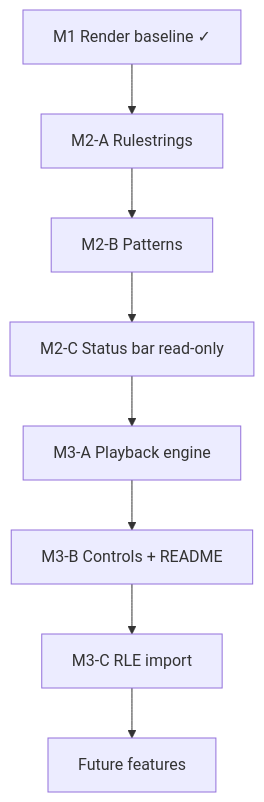
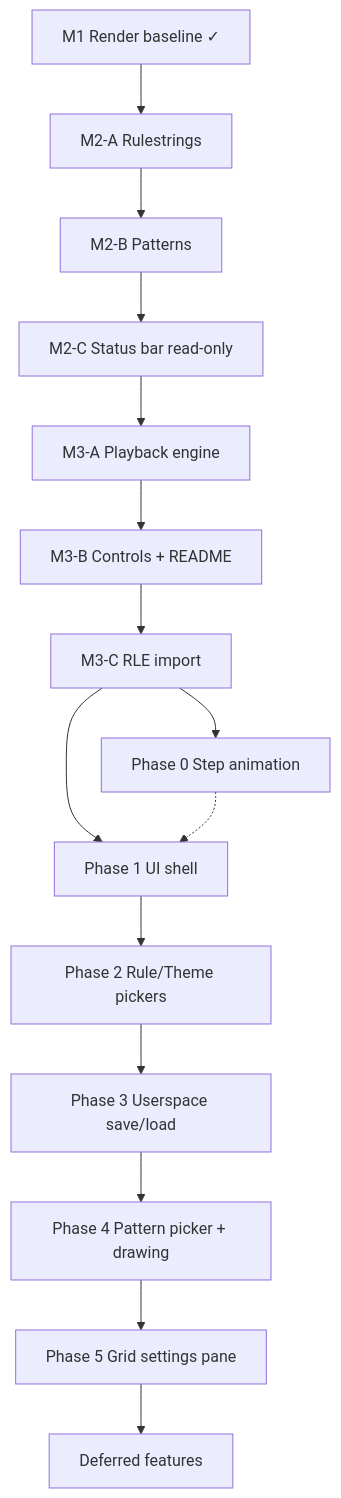
The first of 4 diagrams in PLAN.md (ridespirals/love-life), drawn with Mermaid before and after one commit. The commit also changed other lines of this file and 2 other files, not shown here.

First line of the commit message:
docs: add post-1.0 roadmap and recommended build order

````diff
--- a/PLAN.md
+++ b/PLAN.md
@@ -26,13 +28,23 @@
 ```mermaid
 flowchart TD
   M1[M1 Render baseline ✓]
   M2A[M2-A Rulestrings]
   M2B[M2-B Patterns]
   M2C[M2-C Status bar read-only]
   M3A[M3-A Playback engine]
   M3B[M3-B Controls + README]
   M3C[M3-C RLE import]
-  FUT[Future features]
+  P0[Phase 0 Step animation]
+  P1[Phase 1 UI shell]
+  P2[Phase 2 Rule/Theme pickers]
+  P3[Phase 3 Userspace save/load]
+  P4[Phase 4 Pattern picker + drawing]
+  P5[Phase 5 Grid settings pane]
+  DEF[Deferred features]
 
-  M1 --> M2A --> M2B --> M2C --> M3A --> M3B --> M3C --> FUT
+  M1 --> M2A --> M2B --> M2C --> M3A --> M3B --> M3C
+  M3C --> P0
+  M3C --> P1
+  P0 -.-> P1
+  P1 --> P2 --> P3 --> P4 --> P5 --> DEF
 ```
````
